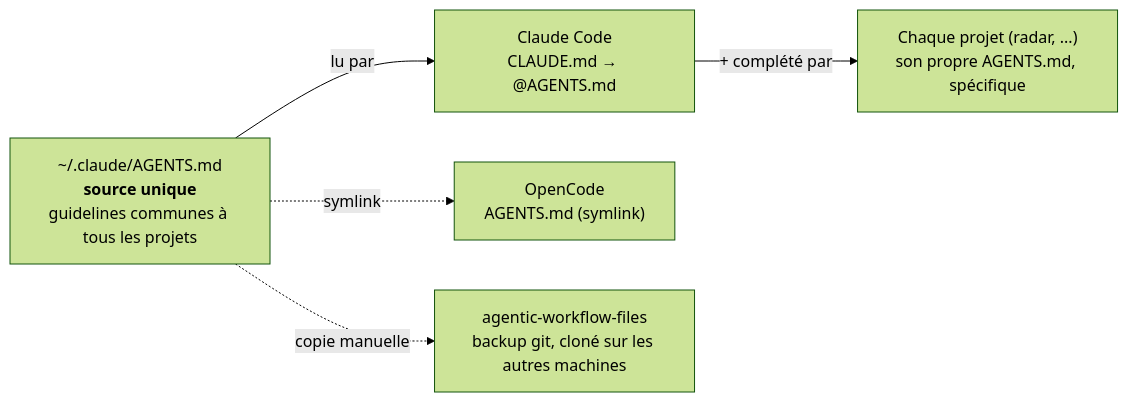
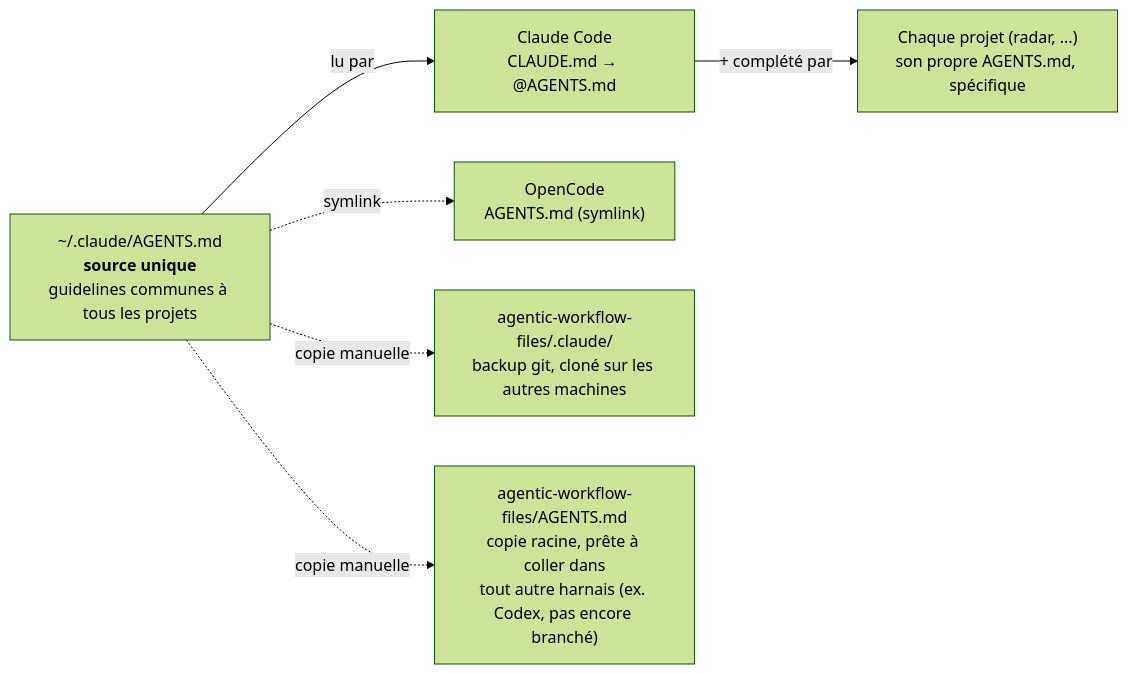
One commit to JulienLach/agentic-workflow-files changed the diagram in STRUCTURE-AGNOSTIQUE.md. Above: the diagram before and after it, drawn with Mermaid (forest theme). The commit also changed other lines of this file and 2 other files, not shown here.

````diff
--- a/STRUCTURE-AGNOSTIQUE.md
+++ b/STRUCTURE-AGNOSTIQUE.md
@@ -5,14 +5,16 @@
 ```mermaid
 flowchart LR
     SRC["~/.claude/AGENTS.md<br/><b>source unique</b><br/>guidelines communes à tous les projets"]
 
     CC["Claude Code<br/>CLAUDE.md → @AGENTS.md"]
     OC["OpenCode<br/>AGENTS.md (symlink)"]
-    BACKUP["agentic-workflow-files<br/>backup git, cloné sur les autres machines"]
+    BACKUP["agentic-workflow-files/.claude/<br/>backup git, cloné sur les autres machines"]
+    ROOT["agentic-workflow-files/AGENTS.md<br/>copie racine, prête à coller dans<br/>tout autre harnais (ex. Codex, pas encore branché)"]
     PROJ["Chaque projet (radar, ...)<br/>son propre AGENTS.md, spécifique"]
 
     SRC -->|lu par| CC
     SRC -. symlink .-> OC
     SRC -. copie manuelle .-> BACKUP
+    SRC -. copie manuelle .-> ROOT
     CC -->|+ complété par| PROJ
 ```
````
